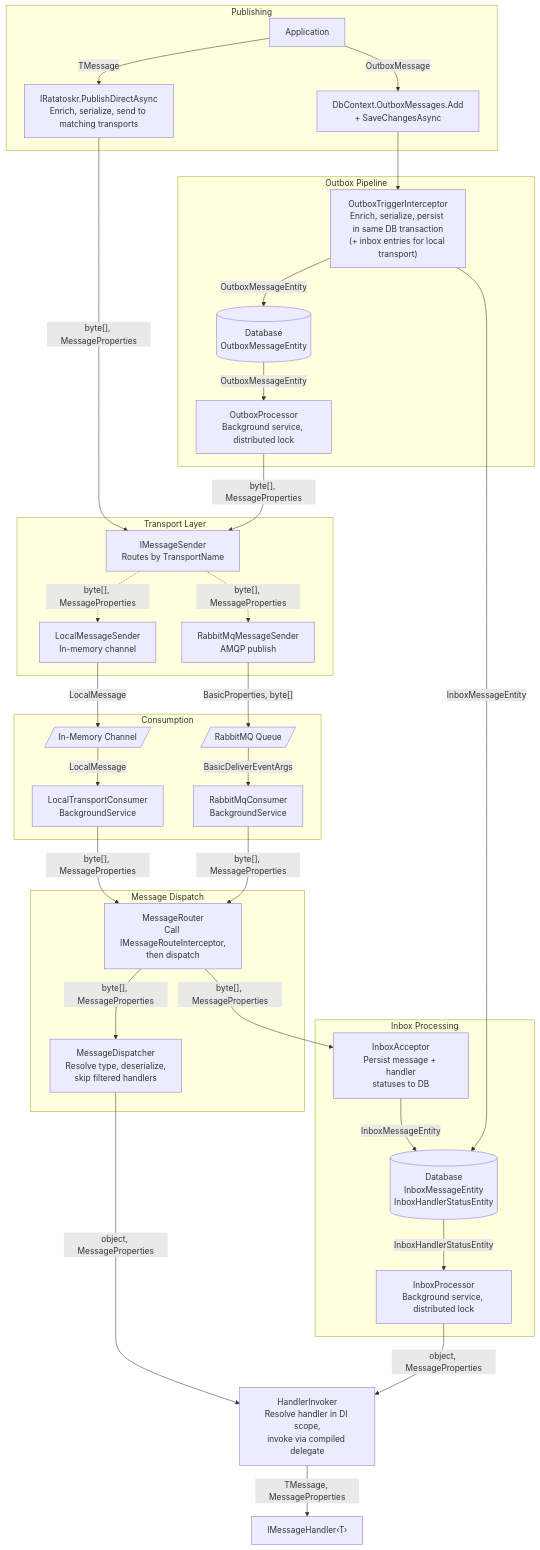
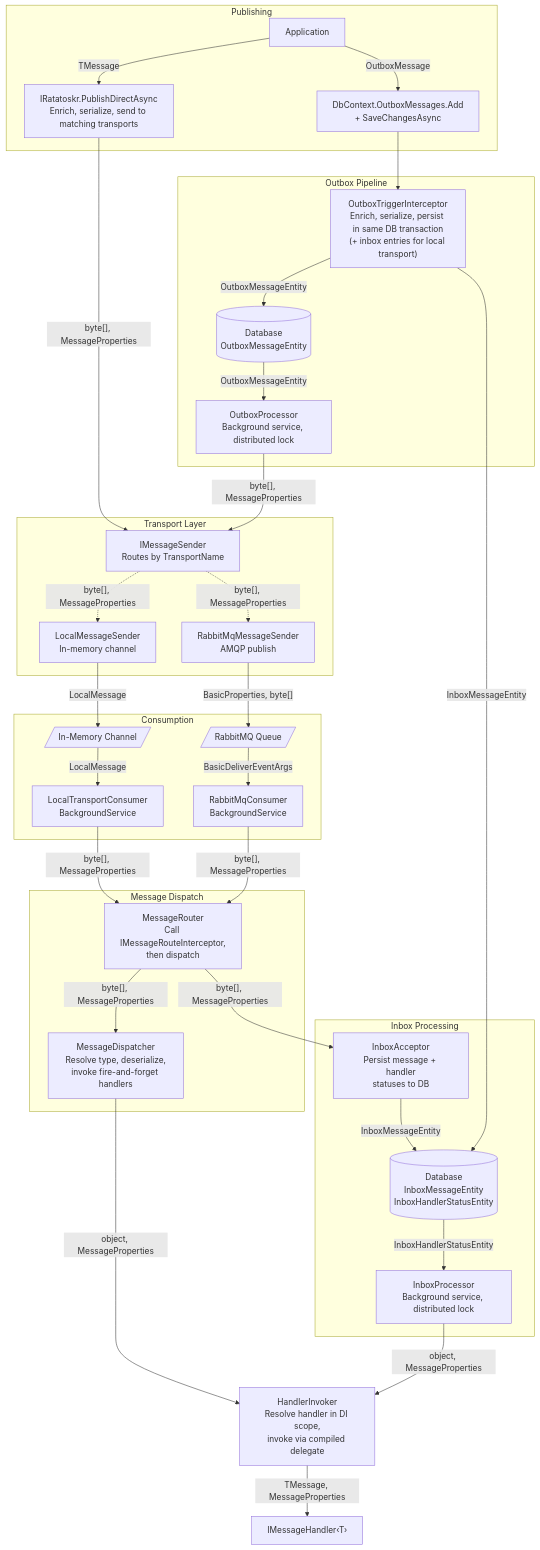
Before and after one commit to saithis/Ratatoskr: the second of 9 diagrams in docs/architecture.md, drawn with Mermaid. The commit also changed other lines of this file and 51 other files, not shown here.

````diff
--- a/docs/architecture.md
+++ b/docs/architecture.md
@@ -63,70 +59,70 @@
 ```mermaid
 flowchart TD
     subgraph Publish ["Publishing"]
         App["Application"]
         Direct["IRatatoskr.PublishDirectAsync<br/>Enrich, serialize, send to matching transports"]
         Outbox["DbContext.OutboxMessages.Add<br/>+ SaveChangesAsync"]
 
         App -->|"TMessage"| Direct
         App -->|"OutboxMessage"| Outbox
     end
 
     subgraph OutboxPipeline ["Outbox Pipeline"]
         Interceptor["OutboxTriggerInterceptor<br/>Enrich, serialize, persist in same DB transaction<br/>(+ inbox entries for local transport)"]
         OutboxDB[("Database<br/>OutboxMessageEntity")]
         OutboxProc["OutboxProcessor<br/>Background service, distributed lock"]
 
         Outbox --> Interceptor
         Interceptor -->|"OutboxMessageEntity"| OutboxDB
         OutboxDB -->|"OutboxMessageEntity"| OutboxProc
     end
 
     subgraph Transport ["Transport Layer"]
         SenderInterface["IMessageSender<br/>Routes by TransportName"]
         Local["LocalMessageSender<br/>In-memory channel"]
         RmqSend["RabbitMqMessageSender<br/>AMQP publish"]
 
         Direct -->|"byte[], MessageProperties"| SenderInterface
         OutboxProc -->|"byte[], MessageProperties"| SenderInterface
         SenderInterface -.->|"byte[], MessageProperties"| Local
         SenderInterface -.->|"byte[], MessageProperties"| RmqSend
     end
 
     subgraph Consume ["Consumption"]
         InMemCh[/"In-Memory Channel"/]
         RmqQueue[/"RabbitMQ Queue"/]
         LocalConsumer["LocalTransportConsumer<br/>BackgroundService"]
         RmqConsumer["RabbitMqConsumer<br/>BackgroundService"]
 
         Local -->|"LocalMessage"| InMemCh
         RmqSend -->|"BasicProperties, byte[]"| RmqQueue
         InMemCh -->|"LocalMessage"| LocalConsumer
         RmqQueue -->|"BasicDeliverEventArgs"| RmqConsumer
     end
 
     subgraph Dispatch ["Message Dispatch"]
         Router["MessageRouter<br/>Call IMessageRouteInterceptor,<br/>then dispatch"]
-        Dispatcher["MessageDispatcher<br/>Resolve type, deserialize,<br/>skip filtered handlers"]
+        Dispatcher["MessageDispatcher<br/>Resolve type, deserialize,<br/>invoke fire-and-forget handlers"]
 
         LocalConsumer -->|"byte[], MessageProperties"| Router
         RmqConsumer -->|"byte[], MessageProperties"| Router
         Router -->|"byte[], MessageProperties"| Dispatcher
     end
 
     subgraph Inbox ["Inbox Processing"]
         InboxAccept["InboxAcceptor<br/>Persist message + handler<br/>statuses to DB"]
         InboxDB[("Database<br/>InboxMessageEntity<br/>InboxHandlerStatusEntity")]
         InboxProc["InboxProcessor<br/>Background service, distributed lock"]
 
         Interceptor -->|"InboxMessageEntity"| InboxDB
         Router -->|"byte[], MessageProperties"| InboxAccept
         InboxAccept -->|"InboxMessageEntity"| InboxDB
         InboxDB -->|"InboxHandlerStatusEntity"| InboxProc
     end
 
     Invoker["HandlerInvoker<br/>Resolve handler in DI scope,<br/>invoke via compiled delegate"]
     Handler["IMessageHandler‹T›"]
     Dispatcher -->|"object, MessageProperties"| Invoker
     InboxProc -->|"object, MessageProperties"| Invoker
     Invoker -->|"TMessage, MessageProperties"| Handler
 ```
````
